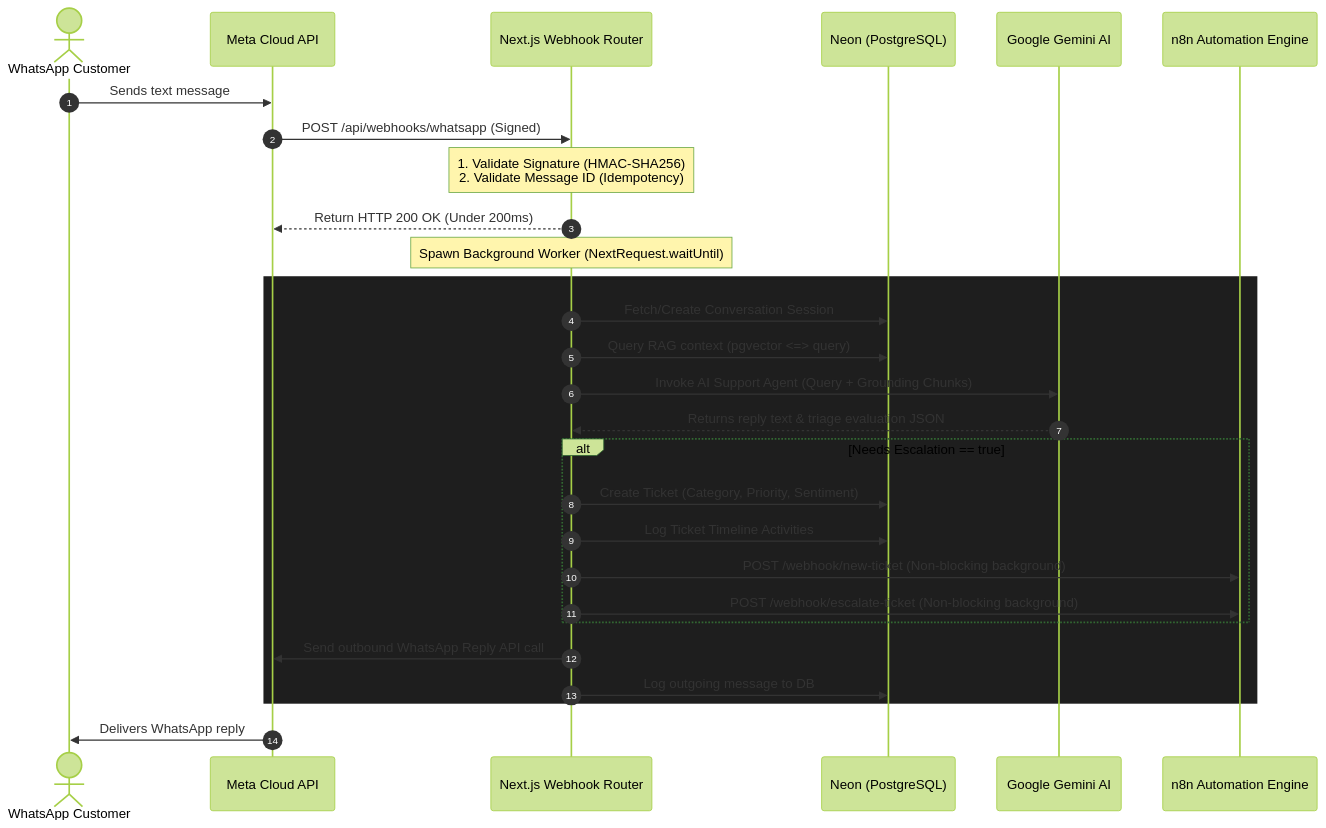
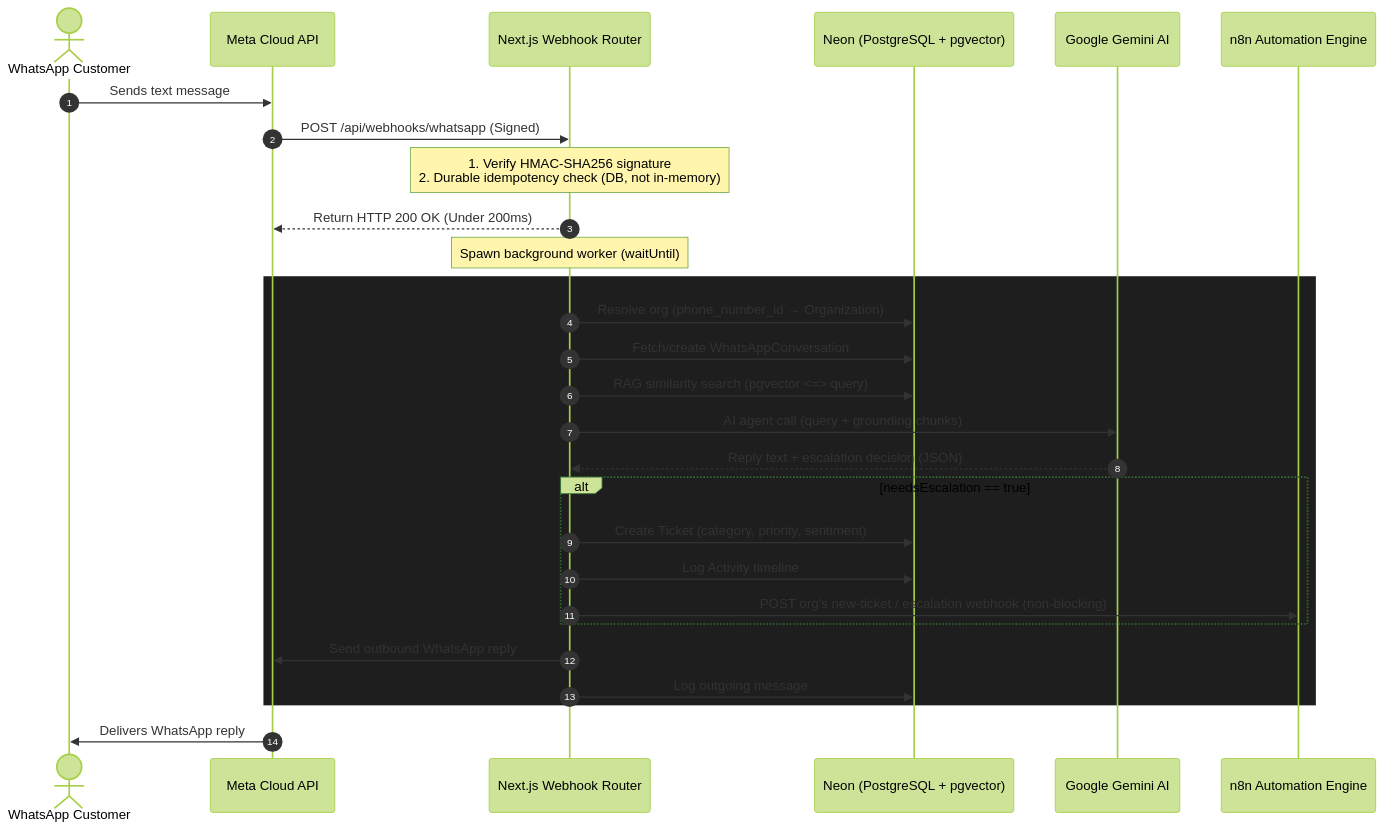
One commit to pawan646435/FlowDesk-AI changed the diagram in README.md. Above: the diagram before and after it, drawn with Mermaid (forest theme). The commit also changed other lines of this file and 24 other files, not shown here.

````diff
--- a/README.md
+++ b/README.md
@@ -15,35 +36,32 @@
 ```mermaid
 sequenceDiagram
     autonumber
     actor Customer as WhatsApp Customer
     participant Meta as Meta Cloud API
     participant NextJS as Next.js Webhook Router
-    participant DB as Neon (PostgreSQL)
+    participant DB as Neon (PostgreSQL + pgvector)
     participant Gemini as Google Gemini AI
     participant n8n as n8n Automation Engine
 
     Customer->>Meta: Sends text message
     Meta->>NextJS: POST /api/webhooks/whatsapp (Signed)
-    
-    Note over NextJS: 1. Validate Signature (HMAC-SHA256)<br/>2. Validate Message ID (Idempotency)
+    Note over NextJS: 1. Verify HMAC-SHA256 signature<br/>2. Durable idempotency check (DB, not in-memory)
     NextJS-->>Meta: Return HTTP 200 OK (Under 200ms)
-    
-    Note over NextJS: Spawn Background Worker (NextRequest.waitUntil)
+
+    Note over NextJS: Spawn background worker (waitUntil)
     rect rgb(30, 30, 30)
-        NextJS->>DB: Fetch/Create Conversation Session
-        NextJS->>DB: Query RAG context (pgvector <=> query)
-        NextJS->>Gemini: Invoke AI Support Agent (Query + Grounding Chunks)
-        Gemini-->>NextJS: Returns reply text & triage evaluation JSON
-        
-        alt Needs Escalation == true
-            NextJS->>DB: Create Ticket (Category, Priority, Sentiment)
-            NextJS->>DB: Log Ticket Timeline Activities
-            NextJS->>n8n: POST /webhook/new-ticket (Non-blocking background)
-            NextJS->>n8n: POST /webhook/escalate-ticket (Non-blocking background)
+        NextJS->>DB: Resolve org (phone_number_id → Organization)
+        NextJS->>DB: Fetch/create WhatsAppConversation
+        NextJS->>DB: RAG similarity search (pgvector <=> query)
+        NextJS->>Gemini: AI agent call (query + grounding chunks)
+        Gemini-->>NextJS: Reply text + escalation decision (JSON)
+        alt needsEscalation == true
+            NextJS->>DB: Create Ticket (category, priority, sentiment)
+            NextJS->>DB: Log Activity timeline
+            NextJS->>n8n: POST org's new-ticket / escalation webhook (non-blocking)
         end
-        
-        NextJS->>Meta: Send outbound WhatsApp Reply API call
-        NextJS->>DB: Log outgoing message to DB
+        NextJS->>Meta: Send outbound WhatsApp reply
+        NextJS->>DB: Log outgoing message
     end
     Meta->>Customer: Delivers WhatsApp reply
 ```
````
